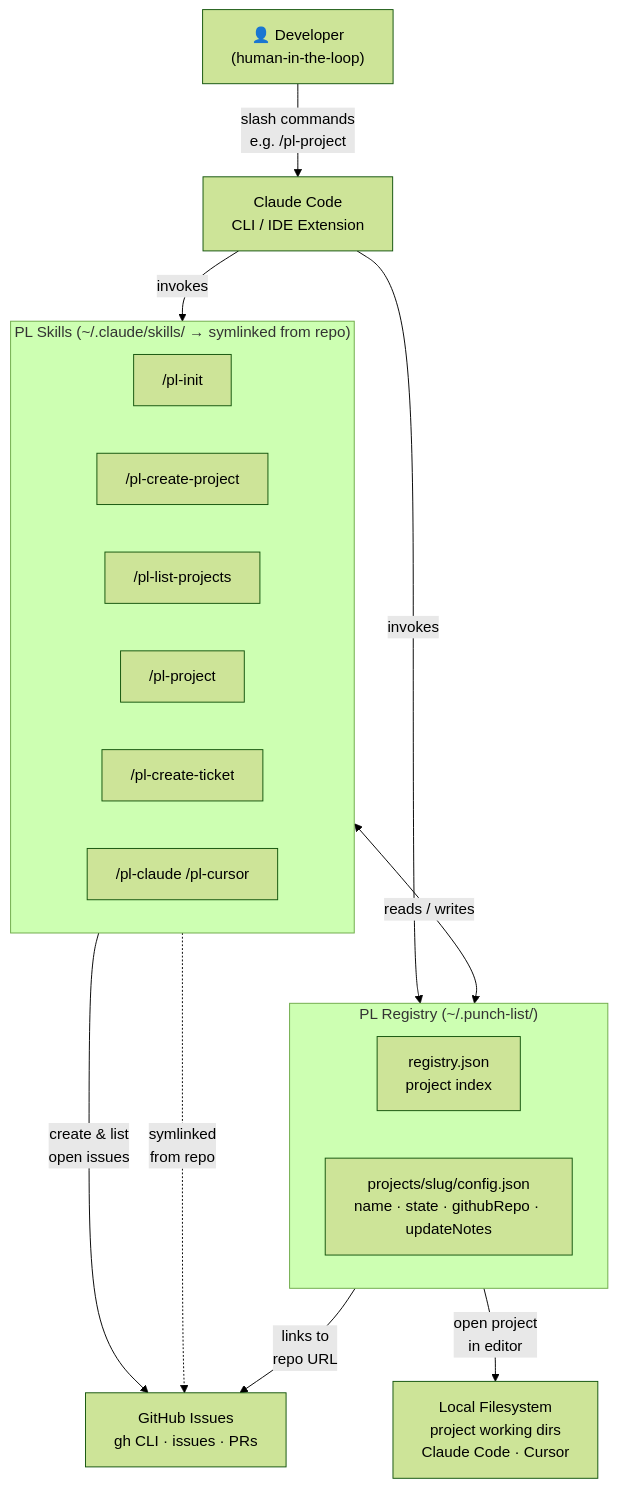
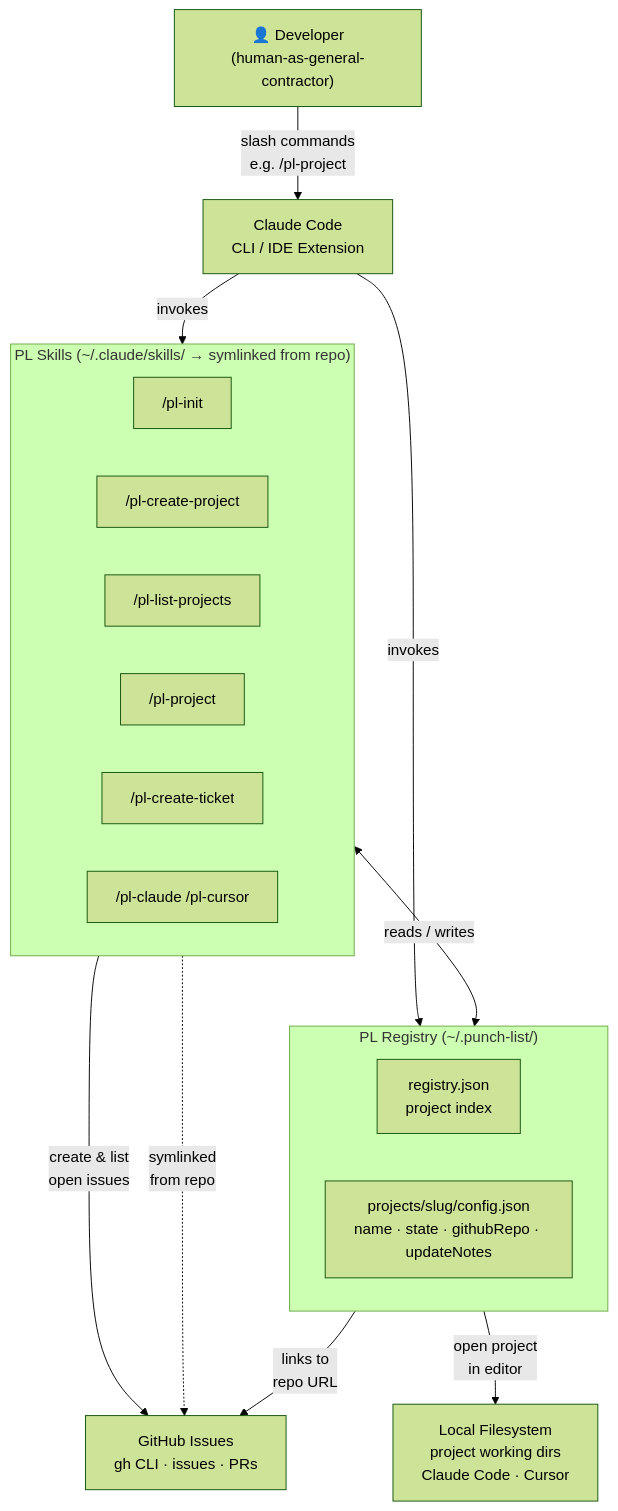
Before and after one commit to shuskey/punch-list: the diagram in README.md, drawn with Mermaid (forest theme). The commit also changed 1 other file, not shown here.

Commit message:
Replace 'human-in-the-loop' with 'human-as-general-contractor' in diagram and README

````diff
--- a/README.md
+++ b/README.md
@@ -144,32 +144,32 @@
 ```mermaid
 flowchart TD
-    User["👤 Developer\n(human-in-the-loop)"]
+    User["👤 Developer\n(human-as-general-contractor)"]
 
     Claude["Claude Code\nCLI / IDE Extension"]
 
     subgraph Skills ["PL Skills  (~/.claude/skills/ → symlinked from repo)"]
         S1["/pl-init"]
         S2["/pl-create-project"]
         S3["/pl-list-projects"]
         S4["/pl-project"]
         S5["/pl-create-ticket"]
         S6["/pl-claude  /pl-cursor"]
     end
 
     subgraph Registry ["PL Registry  (~/.punch-list/)"]
         R1["registry.json\nproject index"]
         R2["projects/slug/config.json\nname · state · githubRepo · updateNotes"]
     end
 
     GitHub["GitHub Issues\ngh CLI · issues · PRs"]
     Local["Local Filesystem\nproject working dirs\nClaude Code · Cursor"]
 
     User -->|"slash commands\ne.g. /pl-project"| Claude
     Claude -->|invokes| Skills
     Claude -->|invokes| Registry
     Skills <-->|"reads / writes"| Registry
     Skills -->|"create & list\nopen issues"| GitHub
     Skills -.->|"symlinked\nfrom repo"| GitHub
     Registry -->|"links to\nrepo URL"| GitHub
     Registry -->|"open project\nin editor"| Local
 ```
````
